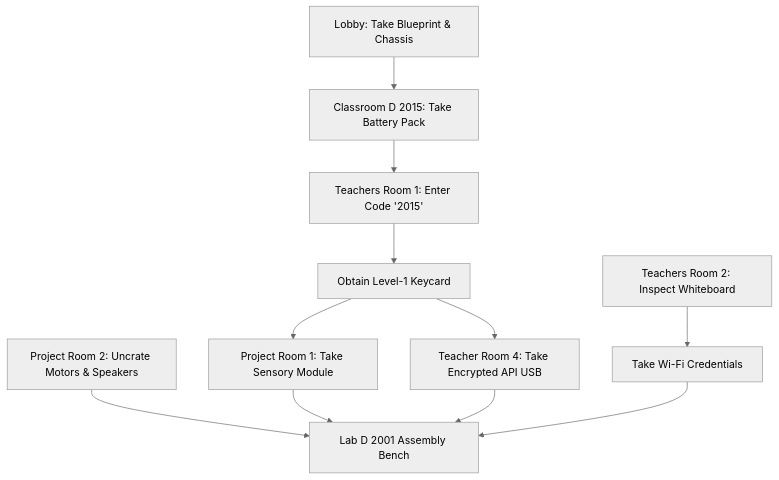
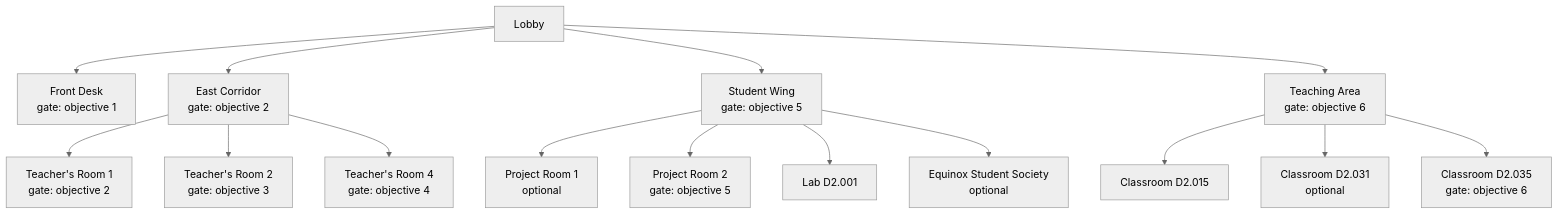
One commit to THUAS-ACS15/A-maze-ing-Delft changed the diagram in docs/GAME_DESIGN.md. Above: the diagram before and after it, drawn with Mermaid (neutral theme). The commit also changed other lines of this file and 6 other files, not shown here.

````diff
--- a/docs/GAME_DESIGN.md
+++ b/docs/GAME_DESIGN.md
@@ -79,13 +62,33 @@
 ```mermaid
 flowchart TD
-    Lobby["Lobby: Take Blueprint & Chassis"] --> D2015["Classroom D 2015: Take Battery Pack"]
-    D2015 --> TR1["Teachers Room 1: Enter Code '2015'"]
-    TR1 --> Keycard["Obtain Level-1 Keycard"]
-    Keycard --> PR1["Project Room 1: Take Sensory Module"]
-    Keycard --> TR4["Teacher Room 4: Take Encrypted API USB"]
-    TR2["Teachers Room 2: Inspect Whiteboard"] --> WiFi["Take Wi-Fi Credentials"]
-    PR2["Project Room 2: Uncrate Motors & Speakers"] --> Bench["Lab D 2001 Assembly Bench"]
-    PR1 --> Bench
-    TR4 --> Bench
-    WiFi --> Bench
+    Lobby["Lobby"]
+    FD["Front Desk<br/>gate: objective 1"]
+    EC["East Corridor<br/>gate: objective 2"]
+    TR1["Teacher's Room 1<br/>gate: objective 2"]
+    TR2["Teacher's Room 2<br/>gate: objective 3"]
+    TR4["Teacher's Room 4<br/>gate: objective 4"]
+    SW["Student Wing<br/>gate: objective 5"]
+    PR1["Project Room 1<br/>optional"]
+    PR2["Project Room 2<br/>gate: objective 5"]
+    Lab["Lab D2.001"]
+    EQ["Equinox Student Society<br/>optional"]
+    TA["Teaching Area<br/>gate: objective 6"]
+    D2015["Classroom D2.015"]
+    D2031["Classroom D2.031<br/>optional"]
+    D2035["Classroom D2.035<br/>gate: objective 6"]
+
+    Lobby --> FD
+    Lobby --> EC
+    Lobby --> SW
+    Lobby --> TA
+    EC --> TR1
+    EC --> TR2
+    EC --> TR4
+    SW --> PR1
+    SW --> PR2
+    SW --> Lab
+    SW --> EQ
+    TA --> D2015
+    TA --> D2031
+    TA --> D2035
 ```
````
